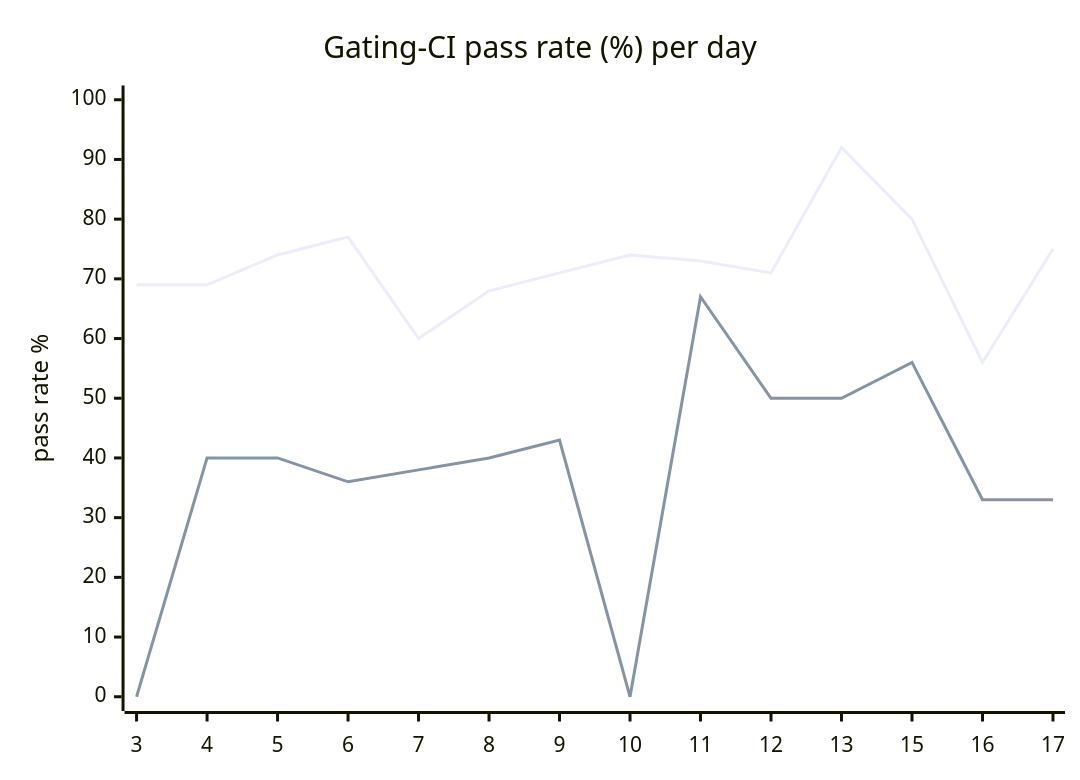
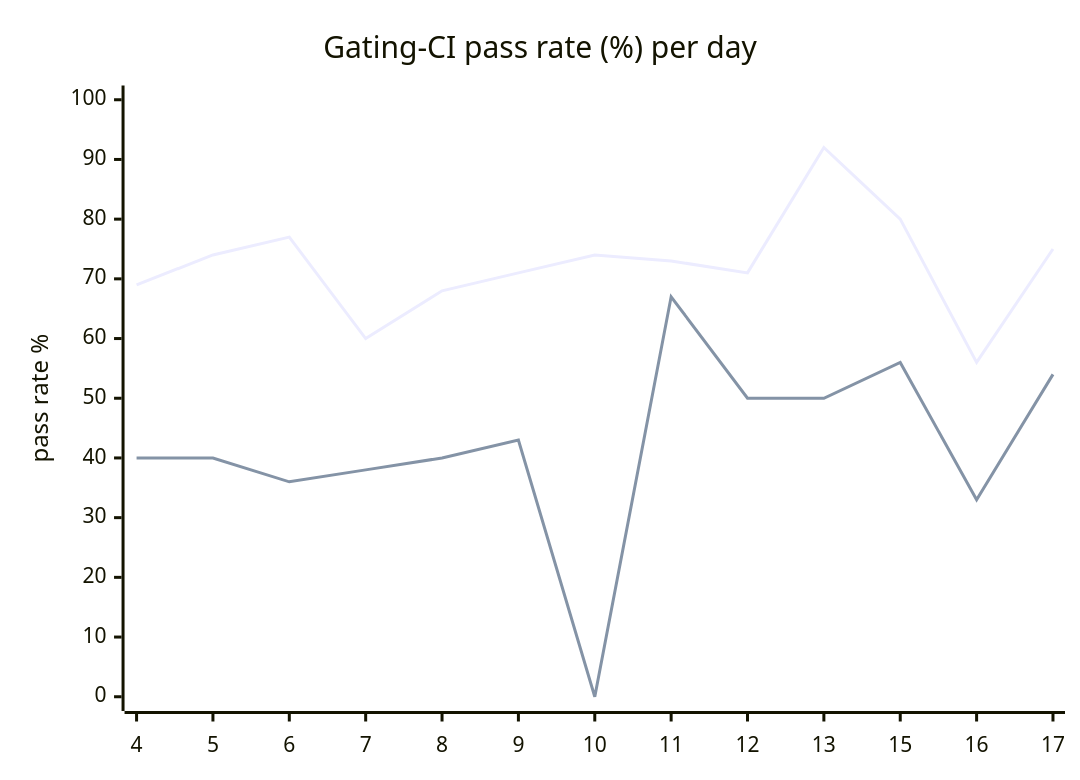
Before and after one commit to hatchet-dev/hatchet: the diagram in hack/ci/ci-dashboard/staging/issue.md, drawn with Mermaid. The commit also changed other lines of this file, not shown here.

````diff
--- a/hack/ci/ci-dashboard/staging/issue.md
+++ b/hack/ci/ci-dashboard/staging/issue.md
@@ -9,8 +9,8 @@
 ```mermaid
 xychart-beta
   title "Gating-CI pass rate (%) per day"
-  x-axis [3, 4, 5, 6, 7, 8, 9, 10, 11, 12, 13, 15, 16, 17]
+  x-axis [4, 5, 6, 7, 8, 9, 10, 11, 12, 13, 15, 16, 17]
   y-axis "pass rate %" 0 --> 100
-  line "CI" [69, 69, 74, 77, 60, 68, 71, 74, 73, 71, 92, 80, 56, 75]
-  line "main" [0, 40, 40, 36, 38, 40, 43, 0, 67, 50, 50, 56, 33, 33]
+  line "CI" [69, 74, 77, 60, 68, 71, 74, 73, 71, 92, 80, 56, 75]
+  line "main" [40, 40, 36, 38, 40, 43, 0, 67, 50, 50, 56, 33, 54]
 ```
````
